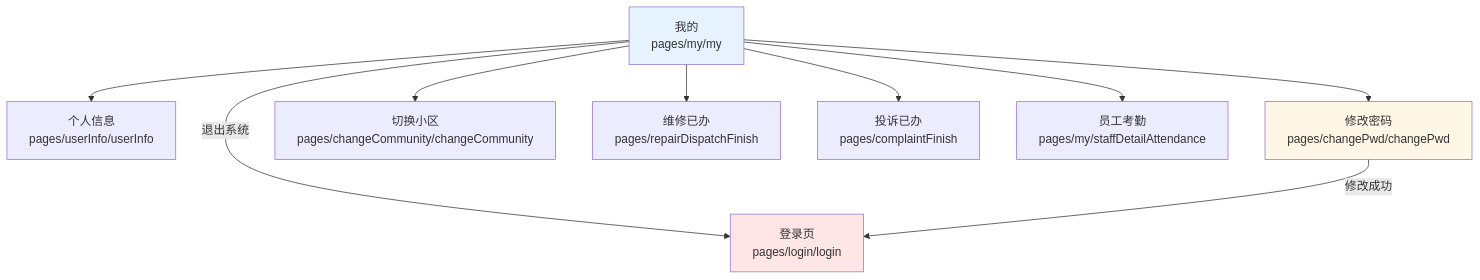
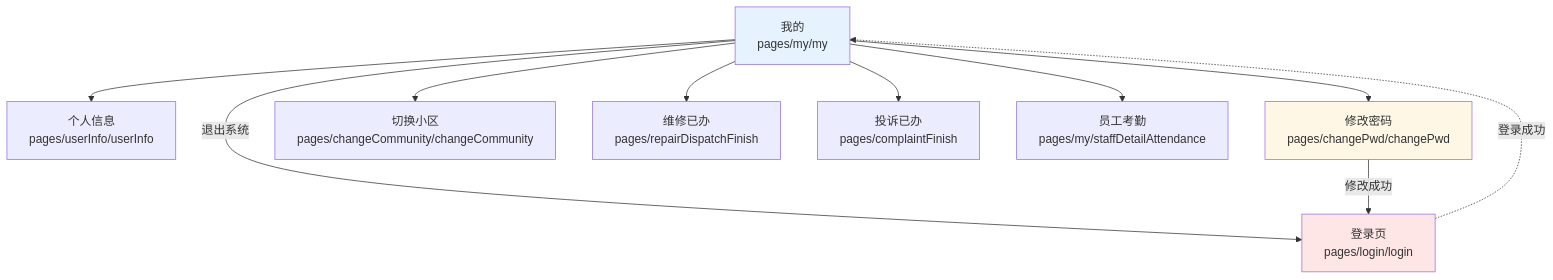
Before and after one commit to nwt-q/001-Smart-Community: diagram 16 of 19 in .github/reports/vue2-route-navigation-map.md, drawn with Mermaid. The commit also changed other lines of this file, not shown here.

Commit message:
🐳 chore(root): 重新制作路由关系图标；

````diff
--- a/.github/reports/vue2-route-navigation-map.md
+++ b/.github/reports/vue2-route-navigation-map.md
@@ -239,29 +628,32 @@
 ```mermaid
 graph TB
     %% 个人中心主要页面
     My["我的<br/>pages/my/my"]
     UserInfo["个人信息<br/>pages/userInfo/userInfo"]
     ChangePwd["修改密码<br/>pages/changePwd/changePwd"]
     ChangeCommunity["切换小区<br/>pages/changeCommunity/changeCommunity"]
     RepairFinish["维修已办<br/>pages/repairDispatchFinish"]
     ComplaintFinish["投诉已办<br/>pages/complaintFinish"]
     StaffAttendance["员工考勤<br/>pages/my/staffDetailAttendance"]
     Login["登录页<br/>pages/login/login"]
 
     %% 我的页面的跳转
     My --> ChangeCommunity
     My --> UserInfo
     My --> RepairFinish
     My --> ComplaintFinish
     My --> StaffAttendance
     My --> ChangePwd
     My -->|退出系统| Login
 
     %% 修改密码的跳转
     ChangePwd -->|修改成功| Login
 
+    %% 登录成功的跳转
+    Login -.->|登录成功| My
+
     %% 样式
     style My fill:#e6f3ff
     style Login fill:#ffe6e6
     style ChangePwd fill:#fff7e6
 ```
````
